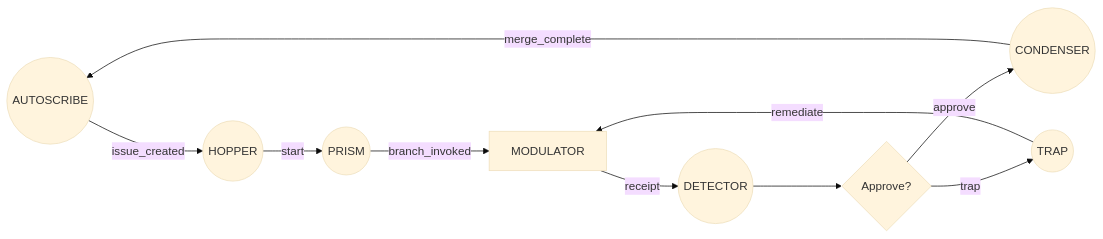
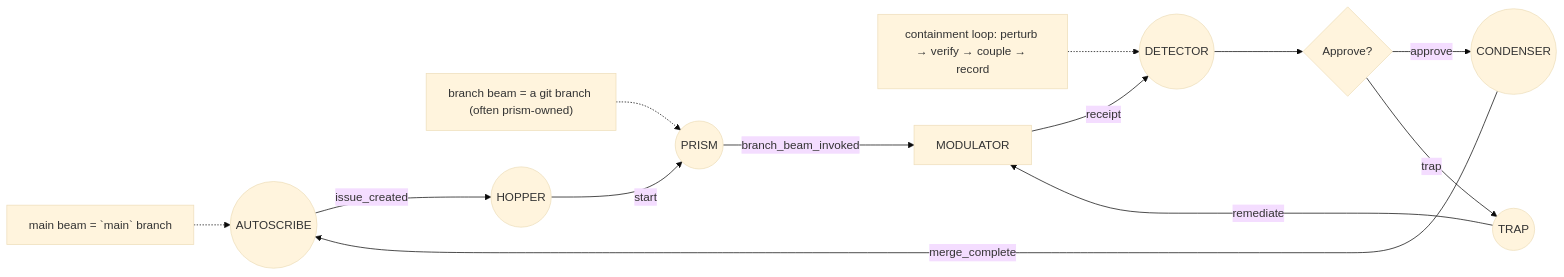
The first of 2 diagrams in schematics/instrument_types.md (eoghanleo/phosphene-greenfield), drawn with Mermaid (base theme) before and after one commit. The commit also changed other lines of this file, not shown here.

First line of the commit message:
docs(schematics): reframe instrument doc as reactor overview

````diff
--- a/schematics/instrument_types.md
+++ b/schematics/instrument_types.md
@@ -65,31 +111,41 @@
 ```mermaid
 flowchart LR
+  %% Reactor anatomy notes (metaphor mode)
+  NOTE_MAIN["main beam = `main` branch"]
+  NOTE_BRANCH["branch beam = a git branch (often prism-owned)"]
+  NOTE_LOOP["containment loop: perturb → verify → couple → record"]
+
   %% Gantries (circles)
   AS((AUTOSCRIBE))
   H((HOPPER))
   P((PRISM))
   D((DETECTOR))
   K((CONDENSER))
   T((TRAP))
 
   %% Apparatus (square)
   MOD[MODULATOR]
 
   %% Decision (diamond)
   DEC{Approve?}
 
   %% Core loop
   AS -->|issue_created| H
   H -->|start| P
-  P -->|branch_invoked| MOD
+  P -->|branch_beam_invoked| MOD
   MOD -->|receipt| D
   D --> DEC
 
   %% Detector split
   DEC -->|approve| K
   DEC -->|trap| T
 
   %% Reactor loops
   K -->|merge_complete| AS
   T -->|remediate| MOD
+
+  %% Notes (dotted anchors)
+  NOTE_MAIN -.-> AS
+  NOTE_BRANCH -.-> P
+  NOTE_LOOP -.-> D
 ```
````
